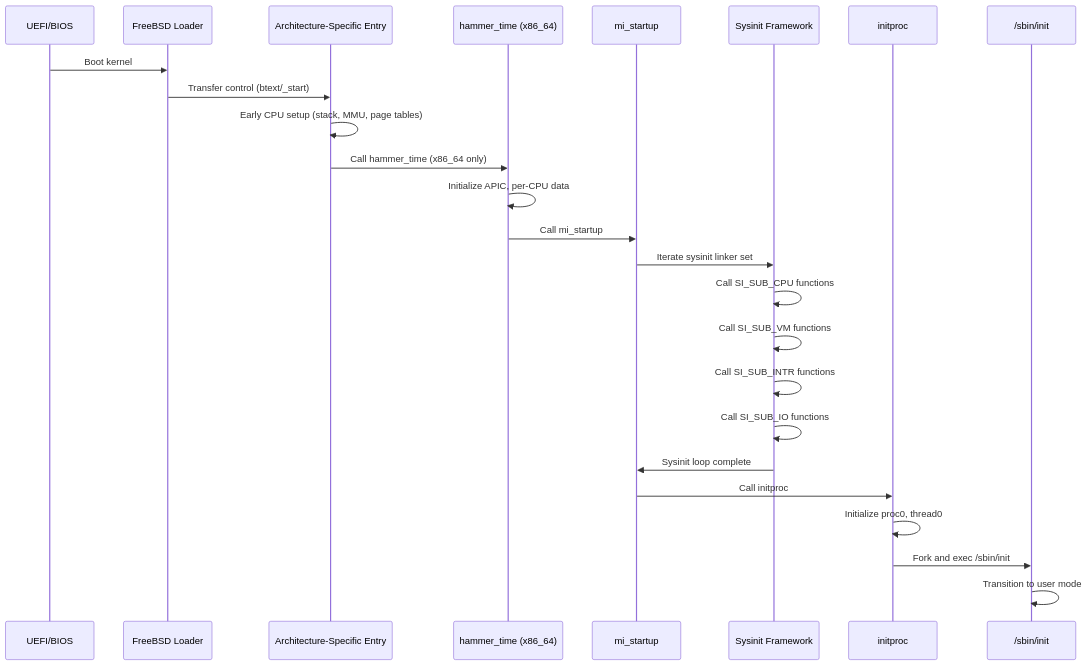
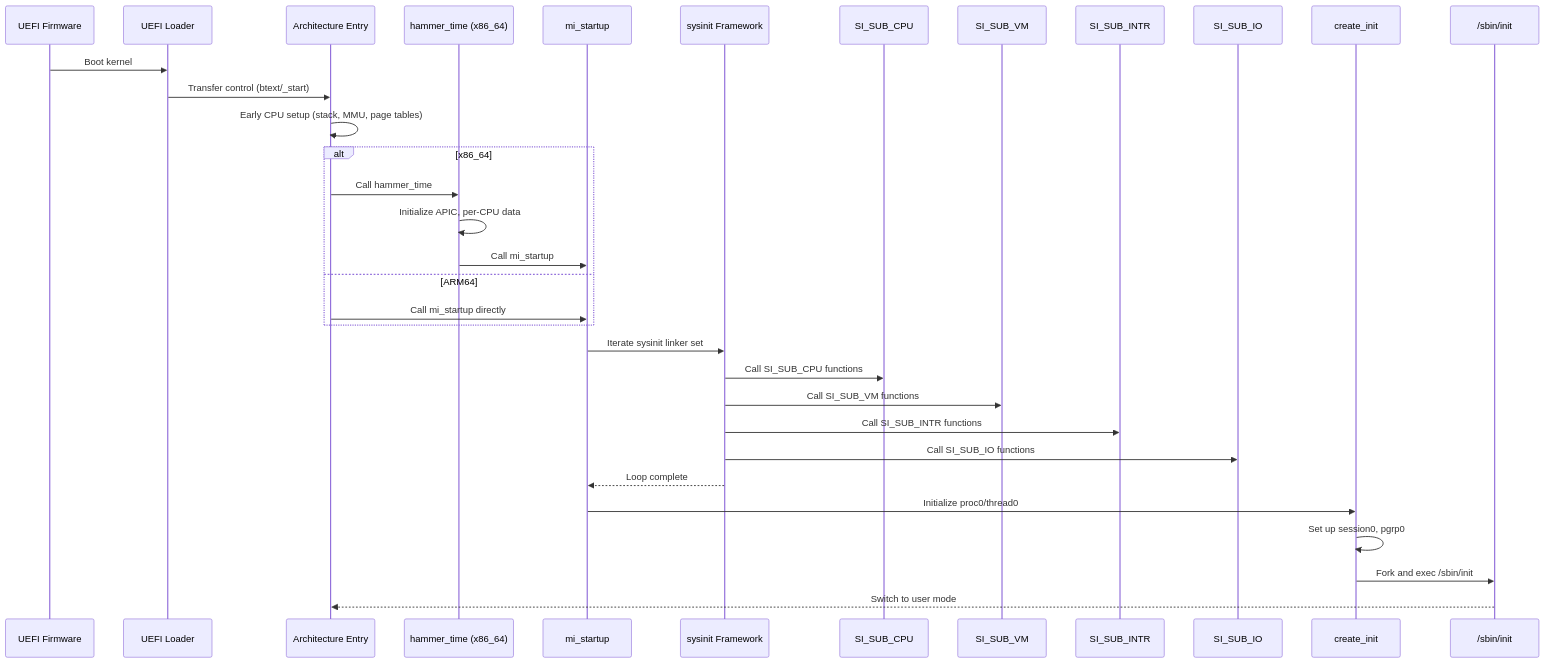
One commit to ocochard/freebsd-src changed the diagram in sys/README.md. Above: the diagram before and after it, drawn with Mermaid. The commit also changed other lines of this file and 26 other files, not shown here.

````diff
--- a/sys/README.md
+++ b/sys/README.md
@@ -179,28 +181,36 @@
 ```mermaid
 sequenceDiagram
-    participant UEFI as UEFI/BIOS
-    participant Loader as FreeBSD Loader
-    participant Arch as Architecture-Specific Entry
+    participant UEFI as UEFI Firmware
+    participant Loader as UEFI Loader
+    participant Arch as Architecture Entry
     participant Hammer as hammer_time (x86_64)
     participant MiStartup as mi_startup
-    participant Sysinit as Sysinit Framework
-    participant InitProc as initproc
+    participant Sysinit as sysinit Framework
+    participant CPU as SI_SUB_CPU
+    participant VM as SI_SUB_VM
+    participant Intr as SI_SUB_INTR
+    participant IO as SI_SUB_IO
+    participant CreateInit as create_init
     participant Init as /sbin/init
 
     UEFI->>Loader: Boot kernel
     Loader->>Arch: Transfer control (btext/_start)
     Arch->>Arch: Early CPU setup (stack, MMU, page tables)
-    Arch->>Hammer: Call hammer_time (x86_64 only)
-    Hammer->>Hammer: Initialize APIC, per-CPU data
-    Hammer->>MiStartup: Call mi_startup
+    alt x86_64
+        Arch->>Hammer: Call hammer_time
+        Hammer->>Hammer: Initialize APIC, per-CPU data
+        Hammer->>MiStartup: Call mi_startup
+    else ARM64
+        Arch->>MiStartup: Call mi_startup directly
+    end
     MiStartup->>Sysinit: Iterate sysinit linker set
-    Sysinit->>Sysinit: Call SI_SUB_CPU functions
-    Sysinit->>Sysinit: Call SI_SUB_VM functions
-    Sysinit->>Sysinit: Call SI_SUB_INTR functions
-    Sysinit->>Sysinit: Call SI_SUB_IO functions
-    Sysinit->>MiStartup: Sysinit loop complete
-    MiStartup->>InitProc: Call initproc
-    InitProc->>InitProc: Initialize proc0, thread0
-    InitProc->>Init: Fork and exec /sbin/init
-    Init->>Init: Transition to user mode
+    Sysinit->>CPU: Call SI_SUB_CPU functions
+    Sysinit->>VM: Call SI_SUB_VM functions
+    Sysinit->>Intr: Call SI_SUB_INTR functions
+    Sysinit->>IO: Call SI_SUB_IO functions
+    Sysinit-->>MiStartup: Loop complete
+    MiStartup->>CreateInit: Initialize proc0/thread0
+    CreateInit->>CreateInit: Set up session0, pgrp0
+    CreateInit->>Init: Fork and exec /sbin/init
+    Init-->>Arch: Switch to user mode
 ```
````
